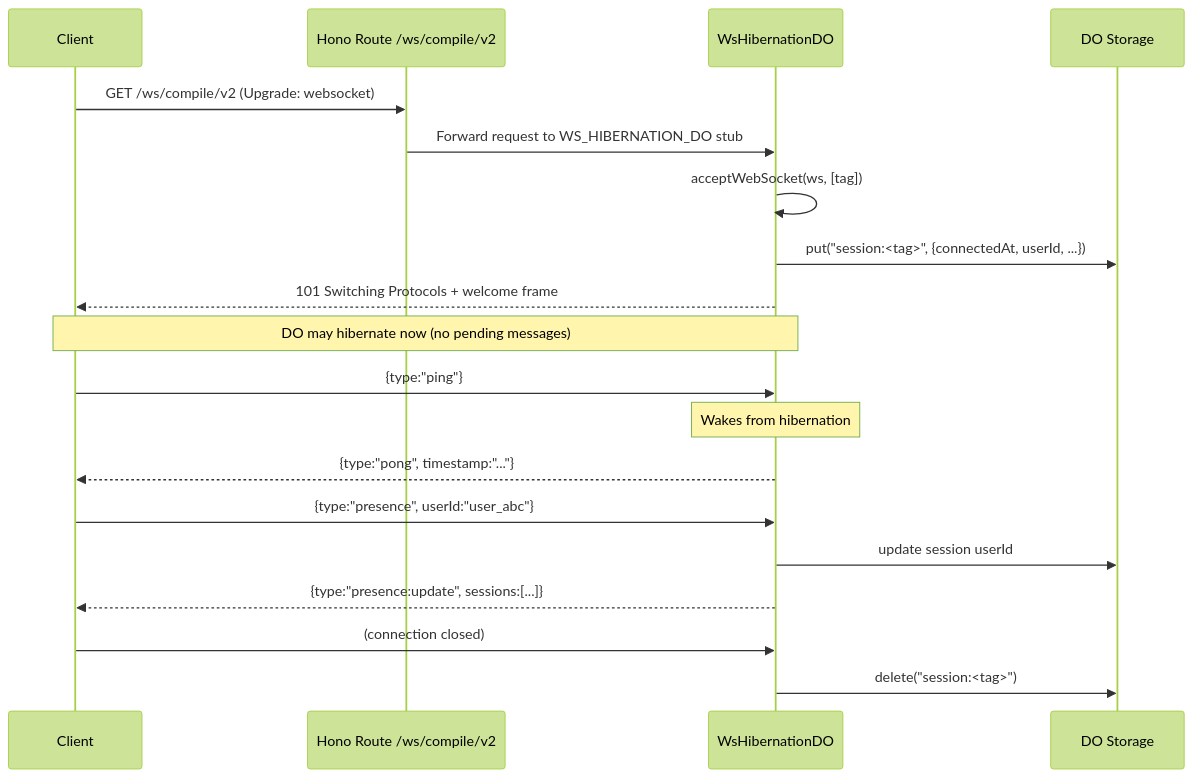
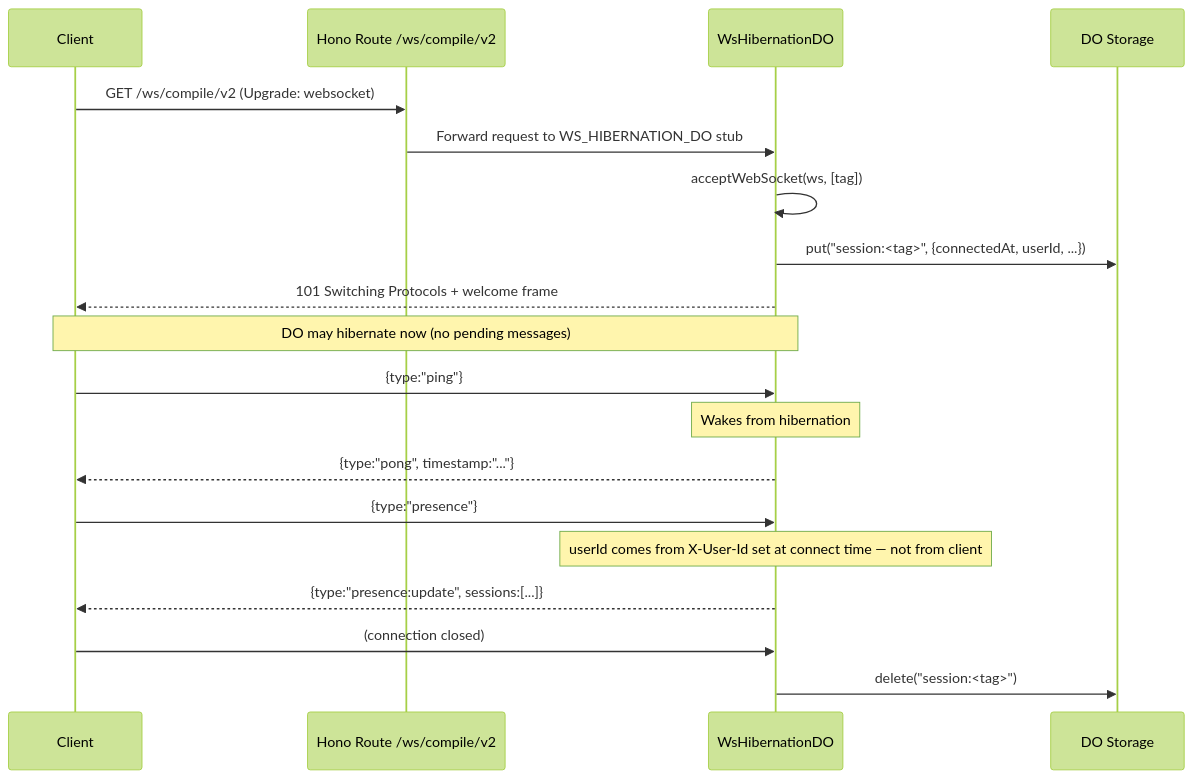
The second of 2 diagrams in docs/architecture/durable-objects.md (jaypatrick/adblock-compiler), drawn with Mermaid (forest theme) before and after one commit. The commit also changed other lines of this file and 4 other files, not shown here.

````diff
--- a/docs/architecture/durable-objects.md
+++ b/docs/architecture/durable-objects.md
@@ -139,26 +139,26 @@
 ```mermaid
 sequenceDiagram
     participant C as Client
     participant H as Hono Route /ws/compile/v2
     participant DO as WsHibernationDO
     participant S as DO Storage
 
     C->>H: GET /ws/compile/v2 (Upgrade: websocket)
     H->>DO: Forward request to WS_HIBERNATION_DO stub
     DO->>DO: acceptWebSocket(ws, [tag])
     DO->>S: put("session:<tag>", {connectedAt, userId, ...})
     DO-->>C: 101 Switching Protocols + welcome frame
 
     Note over C, DO: DO may hibernate now (no pending messages)
 
     C->>DO: {type:"ping"}
     Note over DO: Wakes from hibernation
     DO-->>C: {type:"pong", timestamp:"..."}
 
-    C->>DO: {type:"presence", userId:"user_abc"}
-    DO->>S: update session userId
+    C->>DO: {type:"presence"}
+    Note over DO: userId comes from X-User-Id set at connect time — not from client
     DO-->>C: {type:"presence:update", sessions:[...]}
 
     C->>DO: (connection closed)
     DO->>S: delete("session:<tag>")
 ```
````
